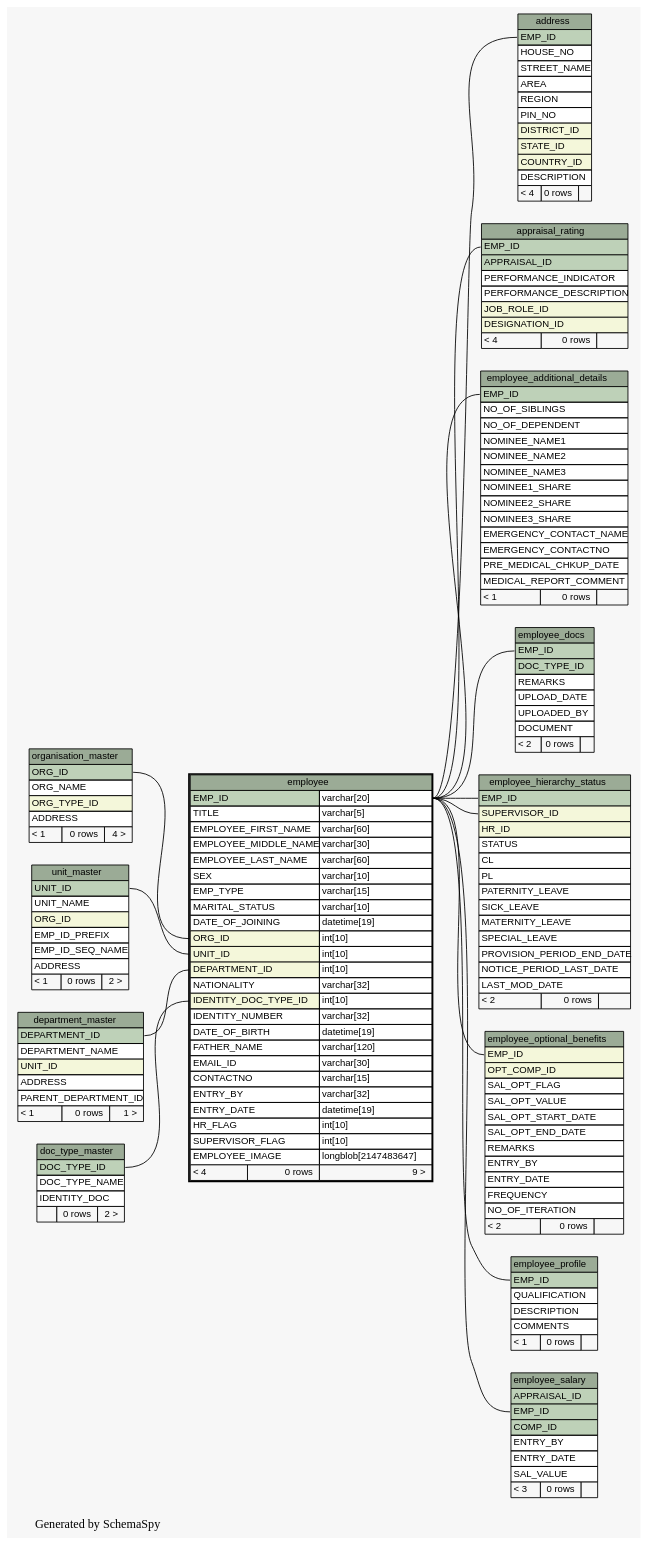
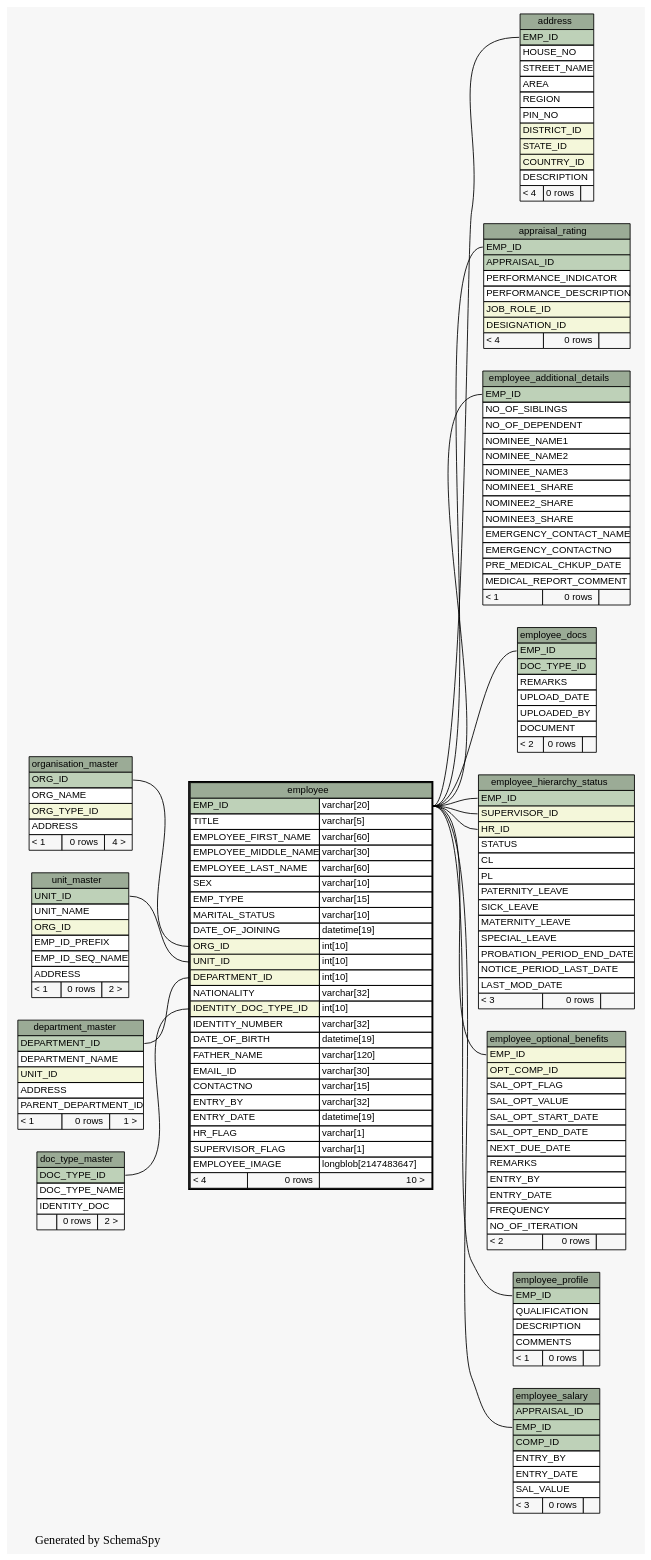
The diagram in docs/database/schemaspy/graphs/employee.1degree.dot (engineerscraft/hrms), drawn with Graphviz before and after one commit. The commit also changed 178 other files, not shown here.

```diff
--- a/docs/database/schemaspy/graphs/employee.1degree.dot
+++ b/docs/database/schemaspy/graphs/employee.1degree.dot
@@ -23,6 +23,7 @@
   "employee_additional_details":"EMP_ID":w -> "employee":"EMP_ID.type":e [arrowtail=tee arrowhead=none];
   "employee_docs":"EMP_ID":w -> "employee":"EMP_ID.type":e [arrowtail=crowtee arrowhead=none];
   "employee_hierarchy_status":"EMP_ID":w -> "employee":"EMP_ID.type":e [arrowtail=tee arrowhead=none];
+  "employee_hierarchy_status":"HR_ID":w -> "employee":"EMP_ID.type":e [arrowtail=crowodot arrowhead=none];
   "employee_hierarchy_status":"SUPERVISOR_ID":w -> "employee":"EMP_ID.type":e [arrowtail=crowodot arrowhead=none];
   "employee_optional_benefits":"EMP_ID":w -> "employee":"EMP_ID.type":e [arrowtail=crowodot arrowhead=none];
   "employee_profile":"EMP_ID":w -> "employee":"EMP_ID.type":e [arrowtail=tee arrowhead=none];
@@ -112,10 +113,10 @@
       <TR><TD PORT="CONTACTNO" COLSPAN="2" ALIGN="LEFT">CONTACTNO</TD><TD PORT="CONTACTNO.type" ALIGN="LEFT">varchar[15]</TD></TR>
       <TR><TD PORT="ENTRY_BY" COLSPAN="2" ALIGN="LEFT">ENTRY_BY</TD><TD PORT="ENTRY_BY.type" ALIGN="LEFT">varchar[32]</TD></TR>
       <TR><TD PORT="ENTRY_DATE" COLSPAN="2" ALIGN="LEFT">ENTRY_DATE</TD><TD PORT="ENTRY_DATE.type" ALIGN="LEFT">datetime[19]</TD></TR>
-      <TR><TD PORT="HR_FLAG" COLSPAN="2" ALIGN="LEFT">HR_FLAG</TD><TD PORT="HR_FLAG.type" ALIGN="LEFT">int[10]</TD></TR>
-      <TR><TD PORT="SUPERVISOR_FLAG" COLSPAN="2" ALIGN="LEFT">SUPERVISOR_FLAG</TD><TD PORT="SUPERVISOR_FLAG.type" ALIGN="LEFT">int[10]</TD></TR>
+      <TR><TD PORT="HR_FLAG" COLSPAN="2" ALIGN="LEFT">HR_FLAG</TD><TD PORT="HR_FLAG.type" ALIGN="LEFT">varchar[1]</TD></TR>
+      <TR><TD PORT="SUPERVISOR_FLAG" COLSPAN="2" ALIGN="LEFT">SUPERVISOR_FLAG</TD><TD PORT="SUPERVISOR_FLAG.type" ALIGN="LEFT">varchar[1]</TD></TR>
       <TR><TD PORT="EMPLOYEE_IMAGE" COLSPAN="2" ALIGN="LEFT">EMPLOYEE_IMAGE</TD><TD PORT="EMPLOYEE_IMAGE.type" ALIGN="LEFT">longblob[2147483647]</TD></TR>
-      <TR><TD ALIGN="LEFT" BGCOLOR="#f7f7f7">&lt; 4</TD><TD ALIGN="RIGHT" BGCOLOR="#f7f7f7">0 rows</TD><TD ALIGN="RIGHT" BGCOLOR="#f7f7f7">9 &gt;</TD></TR>
+      <TR><TD ALIGN="LEFT" BGCOLOR="#f7f7f7">&lt; 4</TD><TD ALIGN="RIGHT" BGCOLOR="#f7f7f7">0 rows</TD><TD ALIGN="RIGHT" BGCOLOR="#f7f7f7">10 &gt;</TD></TR>
     </TABLE>>
     URL="employee.html#"
     tooltip="employee"
@@ -171,10 +172,10 @@
       <TR><TD PORT="SICK_LEAVE" COLSPAN="3" ALIGN="LEFT">SICK_LEAVE</TD></TR>
       <TR><TD PORT="MATERNITY_LEAVE" COLSPAN="3" ALIGN="LEFT">MATERNITY_LEAVE</TD></TR>
       <TR><TD PORT="SPECIAL_LEAVE" COLSPAN="3" ALIGN="LEFT">SPECIAL_LEAVE</TD></TR>
-      <TR><TD PORT="PROVISION_PERIOD_END_DATE" COLSPAN="3" ALIGN="LEFT">PROVISION_PERIOD_END_DATE</TD></TR>
+      <TR><TD PORT="PROBATION_PERIOD_END_DATE" COLSPAN="3" ALIGN="LEFT">PROBATION_PERIOD_END_DATE</TD></TR>
       <TR><TD PORT="NOTICE_PERIOD_LAST_DATE" COLSPAN="3" ALIGN="LEFT">NOTICE_PERIOD_LAST_DATE</TD></TR>
       <TR><TD PORT="LAST_MOD_DATE" COLSPAN="3" ALIGN="LEFT">LAST_MOD_DATE</TD></TR>
-      <TR><TD ALIGN="LEFT" BGCOLOR="#f7f7f7">&lt; 2</TD><TD ALIGN="RIGHT" BGCOLOR="#f7f7f7">0 rows</TD><TD ALIGN="RIGHT" BGCOLOR="#f7f7f7">  </TD></TR>
+      <TR><TD ALIGN="LEFT" BGCOLOR="#f7f7f7">&lt; 3</TD><TD ALIGN="RIGHT" BGCOLOR="#f7f7f7">0 rows</TD><TD ALIGN="RIGHT" BGCOLOR="#f7f7f7">  </TD></TR>
     </TABLE>>
     URL="employee_hierarchy_status.html#graph"
     tooltip="employee_hierarchy_status"
@@ -189,6 +190,7 @@
       <TR><TD PORT="SAL_OPT_VALUE" COLSPAN="3" ALIGN="LEFT">SAL_OPT_VALUE</TD></TR>
       <TR><TD PORT="SAL_OPT_START_DATE" COLSPAN="3" ALIGN="LEFT">SAL_OPT_START_DATE</TD></TR>
       <TR><TD PORT="SAL_OPT_END_DATE" COLSPAN="3" ALIGN="LEFT">SAL_OPT_END_DATE</TD></TR>
+      <TR><TD PORT="NEXT_DUE_DATE" COLSPAN="3" ALIGN="LEFT">NEXT_DUE_DATE</TD></TR>
       <TR><TD PORT="REMARKS" COLSPAN="3" ALIGN="LEFT">REMARKS</TD></TR>
       <TR><TD PORT="ENTRY_BY" COLSPAN="3" ALIGN="LEFT">ENTRY_BY</TD></TR>
       <TR><TD PORT="ENTRY_DATE" COLSPAN="3" ALIGN="LEFT">ENTRY_DATE</TD></TR>
```
